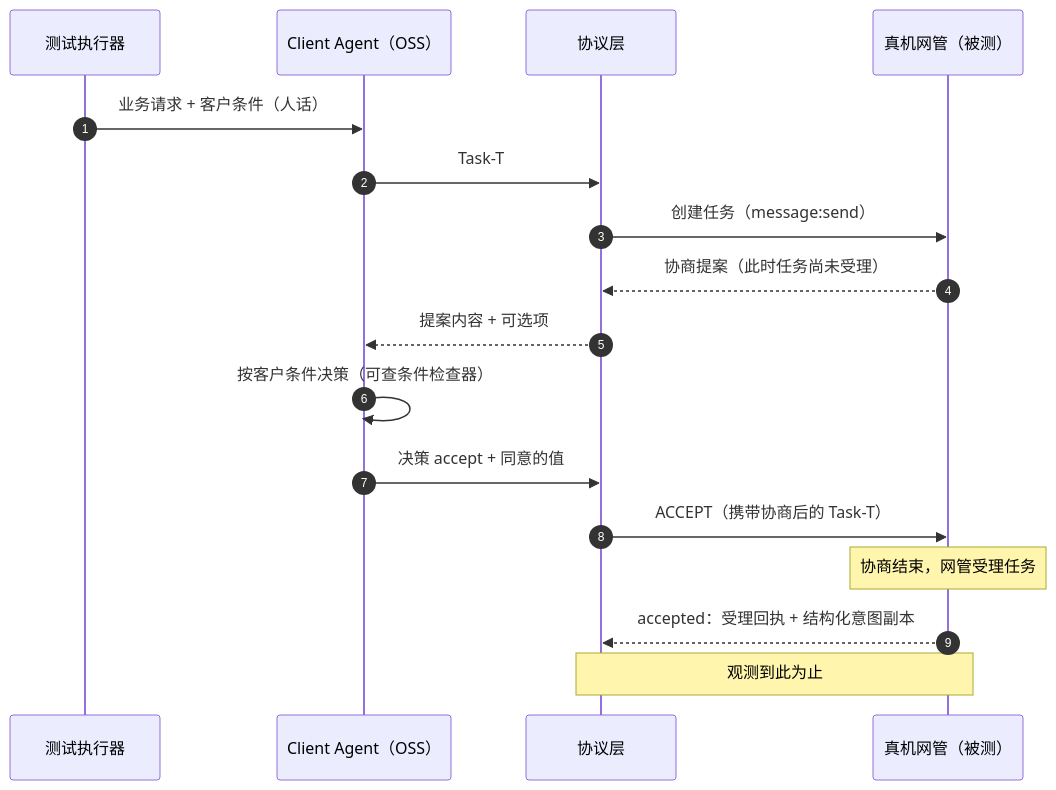
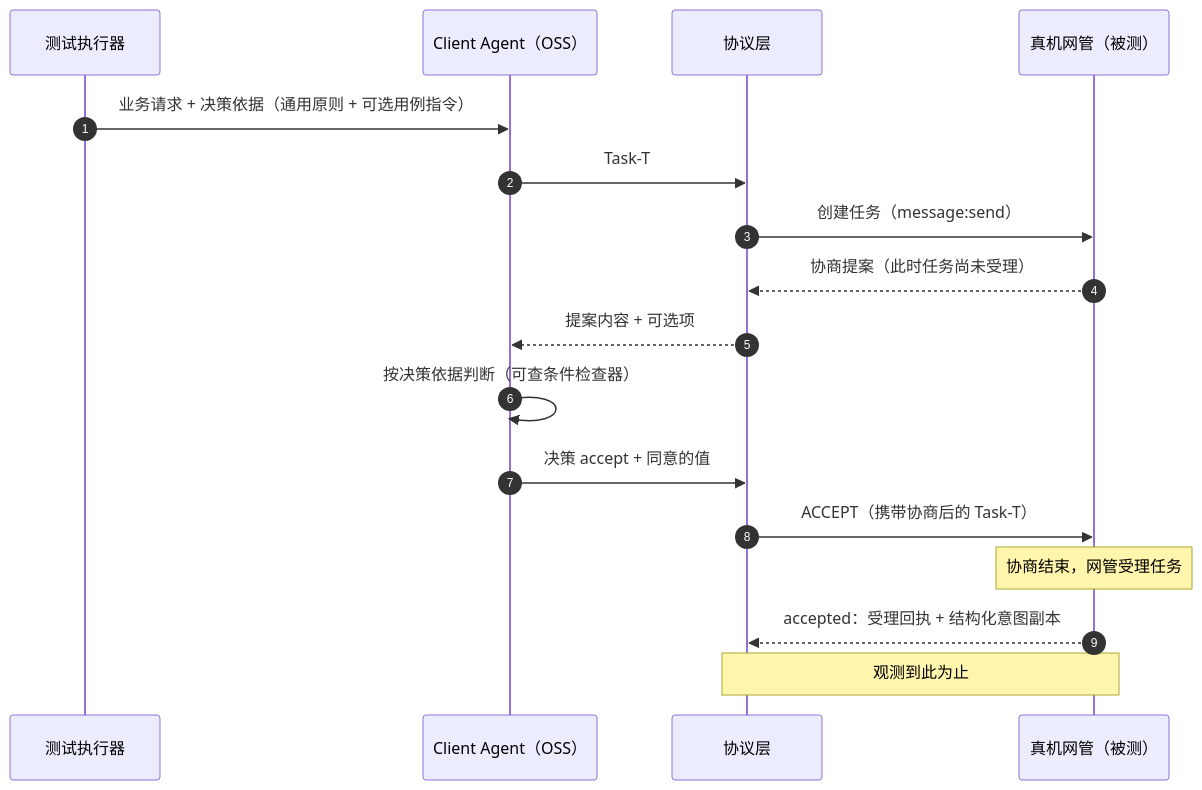
One commit to project-openan/a2a-t-sdk-python changed the third of 11 diagrams in a2a-t-sample/ran-energy-saving/TESTER-ARCHITECTURE.md. Above: the diagram before and after it, drawn with Mermaid. The commit also changed other lines of this file, not shown here.

````diff
--- a/a2a-t-sample/ran-energy-saving/TESTER-ARCHITECTURE.md
+++ b/a2a-t-sample/ran-energy-saving/TESTER-ARCHITECTURE.md
@@ -106,20 +108,20 @@
 ```mermaid
 sequenceDiagram
   autonumber
   participant T as 测试执行器
   participant O as Client Agent（OSS）
   participant P as 协议层
   participant N as 真机网管（被测）
 
-  T->>O: 业务请求 + 客户条件（人话）
+  T->>O: 业务请求 + 决策依据（通用原则 + 可选用例指令）
   O->>P: Task-T
   P->>N: 创建任务（message:send）
   N-->>P: 协商提案（此时任务尚未受理）
   P-->>O: 提案内容 + 可选项
-  O->>O: 按客户条件决策（可查条件检查器）
+  O->>O: 按决策依据判断（可查条件检查器）
   O->>P: 决策 accept + 同意的值
   P->>N: ACCEPT（携带协商后的 Task-T）
   Note over N: 协商结束，网管受理任务
   N-->>P: accepted：受理回执 + 结构化意图副本
   Note over P,N: 观测到此为止
 ```
````
